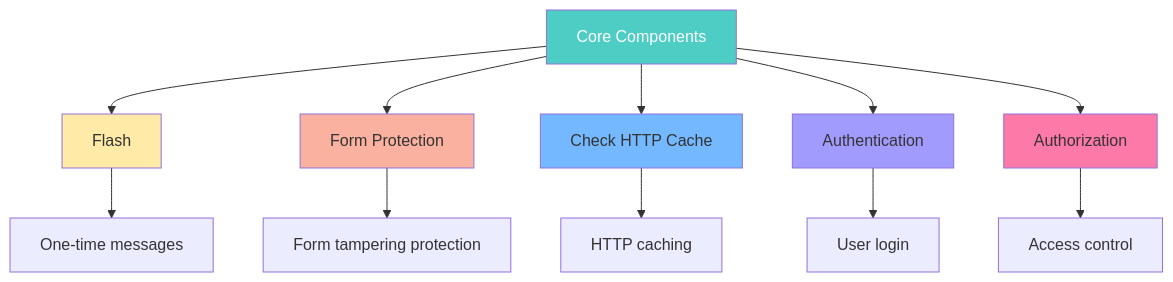
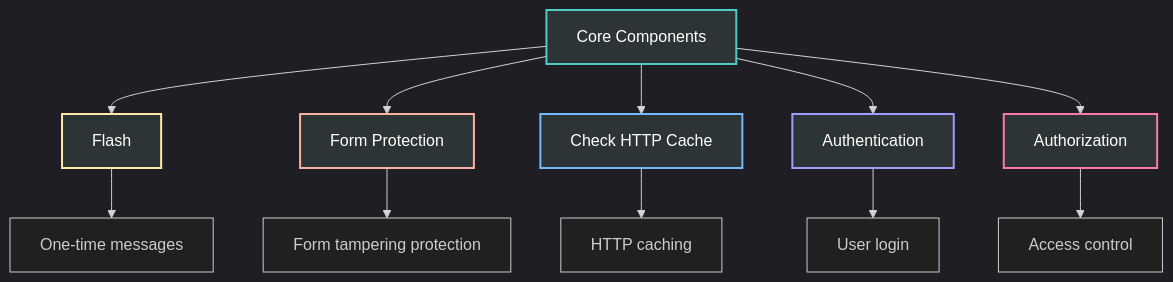
The sixth of 8 diagrams in docs/05-components.md (abhayraj-ops/Cake-Learn), drawn with Mermaid before and after one commit. The commit also changed other lines of this file, not shown here.

Commit message:
Fix Mermaid diagram syntax error in Configuration Methods

````diff
--- a/docs/05-components.md
+++ b/docs/05-components.md
@@ -362,21 +371,22 @@
 ```mermaid
+%%{init: {'theme': 'dark'}}%%
 graph TB
     A[Core Components] --> B[Flash]
     A --> C[Form Protection]
     A --> D[Check HTTP Cache]
     A --> E[Authentication]
     A --> F[Authorization]
     
     B --> B1[One-time messages]
     C --> C1[Form tampering protection]
     D --> D1[HTTP caching]
     E --> E1[User login]
     F --> F1[Access control]
     
-    style A fill:#4ecdc4,color:#fff
-    style B fill:#ffeaa7
-    style C fill:#fab1a0
-    style D fill:#74b9ff
-    style E fill:#a29bfe
-    style F fill:#fd79a8
+    style A fill:#2d3436,color:#fff,stroke:#4ecdc4,stroke-width:2px
+    style B fill:#2d3436,color:#fff,stroke:#ffeaa7,stroke-width:2px
+    style C fill:#2d3436,color:#fff,stroke:#fab1a0,stroke-width:2px
+    style D fill:#2d3436,color:#fff,stroke:#74b9ff,stroke-width:2px
+    style E fill:#2d3436,color:#fff,stroke:#a29bfe,stroke-width:2px
+    style F fill:#2d3436,color:#fff,stroke:#fd79a8,stroke-width:2px
 ```
````
